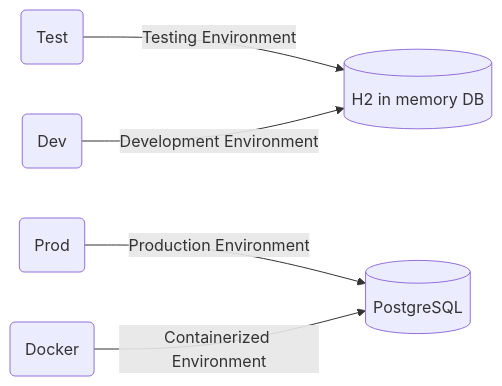
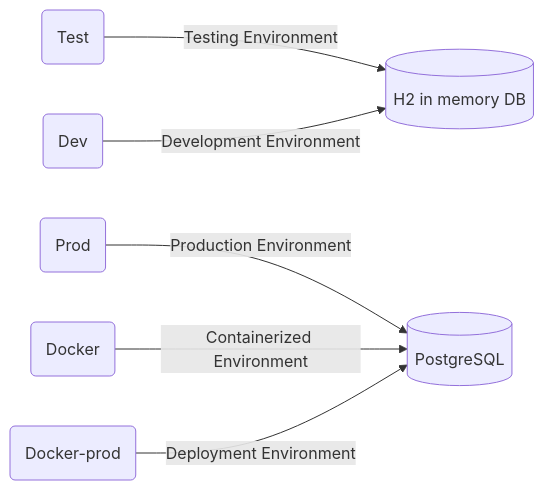
One commit to codeurjc-students/2025-MyMLB changed the first of 2 diagrams in docs/DevelopmentGuide.md. Above: the diagram before and after it, drawn with Mermaid. The commit also changed other lines of this file, not shown here.

First line of the commit message:
Revise Development Guide with updates on languages and deployment

`````diff
--- a/docs/DevelopmentGuide.md
+++ b/docs/DevelopmentGuide.md
@@ -143,7 +149,8 @@
 ```mermaid
 flowchart LR
     A(Test) -- "Testing Environment" --> H[(H2 in memory DB)]
     B(Prod) -- "Production Environment" --> P[(PostgreSQL)]
     C(Dev) -- "Development Environment" --> H
     D(Docker) -- "Containerized Environment" --> P
+    E(Docker-prod) -- "Deployment Environment" --> P
 ````
`````
